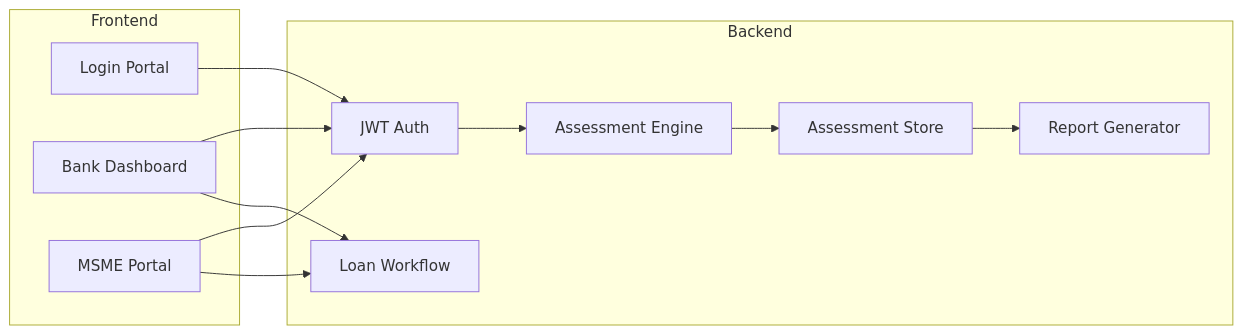
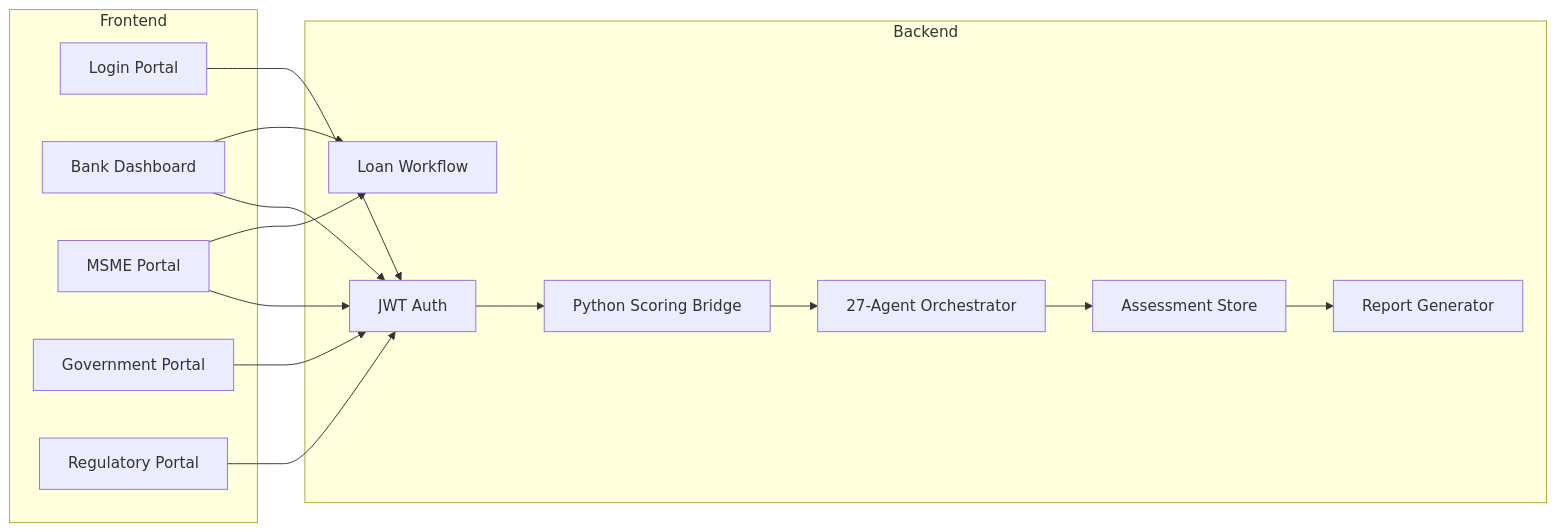
Before and after one commit to carbonintelli/FinancialHealthScore: the diagram in docs/PLATFORM.md, drawn with Mermaid. The commit also changed other lines of this file and 7 other files, not shown here.

````diff
--- a/docs/PLATFORM.md
+++ b/docs/PLATFORM.md
@@ -48,25 +73,28 @@
 ```mermaid
 flowchart LR
     subgraph Frontend
         LOGIN[Login Portal]
         BANK[Bank Dashboard]
         MSME[MSME Portal]
+        GOVT[Government Portal]
+        REG[Regulatory Portal]
     end
 
     subgraph Backend
         AUTH[JWT Auth]
-        ASSESS[Assessment Engine]
+        ASSESS[Python Scoring Bridge]
+        AGENTS[27-Agent Orchestrator]
         STORE[Assessment Store]
         LOAN[Loan Workflow]
         REPORT[Report Generator]
     end
 
     LOGIN --> AUTH
-    BANK --> AUTH
-    MSME --> AUTH
+    BANK & MSME & GOVT & REG --> AUTH
     AUTH --> ASSESS
-    ASSESS --> STORE
+    ASSESS --> AGENTS
+    AGENTS --> STORE
     STORE --> REPORT
     MSME --> LOAN
     BANK --> LOAN
 ```
````
